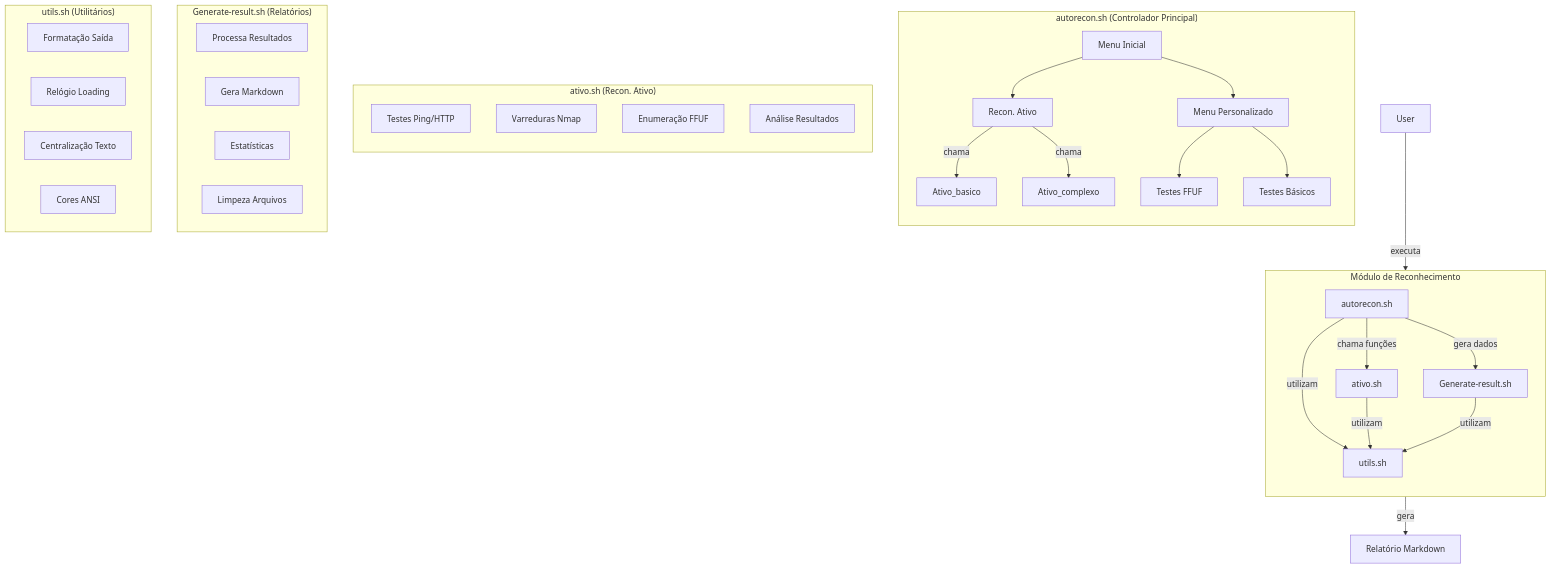
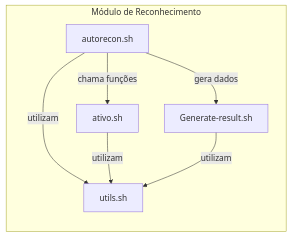
The second of 5 diagrams in Modules/Reconnaissance/Readme.md (morteerror404/SKEF), drawn with Mermaid before and after one commit.

Commit message:
adicionando mermaid de maneir mais organizada

````diff
--- a/Modules/Reconnaissance/Readme.md
+++ b/Modules/Reconnaissance/Readme.md
@@ -7,47 +26,9 @@
 ```mermaid
-
 flowchart TD
     subgraph Módulo_Reconhecimento["Módulo de Reconhecimento"]
         direction TB
         A[autorecon.sh] -->|chama funções| B[ativo.sh]
         A -->|gera dados| C[Generate-result.sh]
         A & B & C -->|utilizam| D[utils.sh]
     end
-
-    subgraph autorecon.sh["autorecon.sh (Controlador Principal)"]
-        direction TB
-        A1[Menu Inicial] --> A2[Recon. Ativo]
-        A1 --> A3[Menu Personalizado]
-        A2 -->|chama| A4[Ativo_basico]
-        A2 -->|chama| A5[Ativo_complexo]
-        A3 --> A6[Testes FFUF]
-        A3 --> A7[Testes Básicos]
-    end
-
-    subgraph ativo.sh["ativo.sh (Recon. Ativo)"]
-        direction TB
-        B1[Testes Ping/HTTP]
-        B2[Varreduras Nmap]
-        B3[Enumeração FFUF]
-        B4[Análise Resultados]
-    end
-
-    subgraph Generate_result.sh["Generate-result.sh (Relatórios)"]
-        direction LR
-        C1[Processa Resultados]
-        C2[Gera Markdown]
-        C3[Estatísticas]
-        C4[Limpeza Arquivos]
-    end
-
-    subgraph utils.sh["utils.sh (Utilitários)"]
-        direction LR
-        D1[Formatação Saída]
-        D2[Relógio Loading]
-        D3[Centralização Texto]
-        D4[Cores ANSI]
-    end
-
-    User -->|executa| Módulo_Reconhecimento
-    Módulo_Reconhecimento -->|gera| Relatório[Relatório Markdown]
 ```
````
